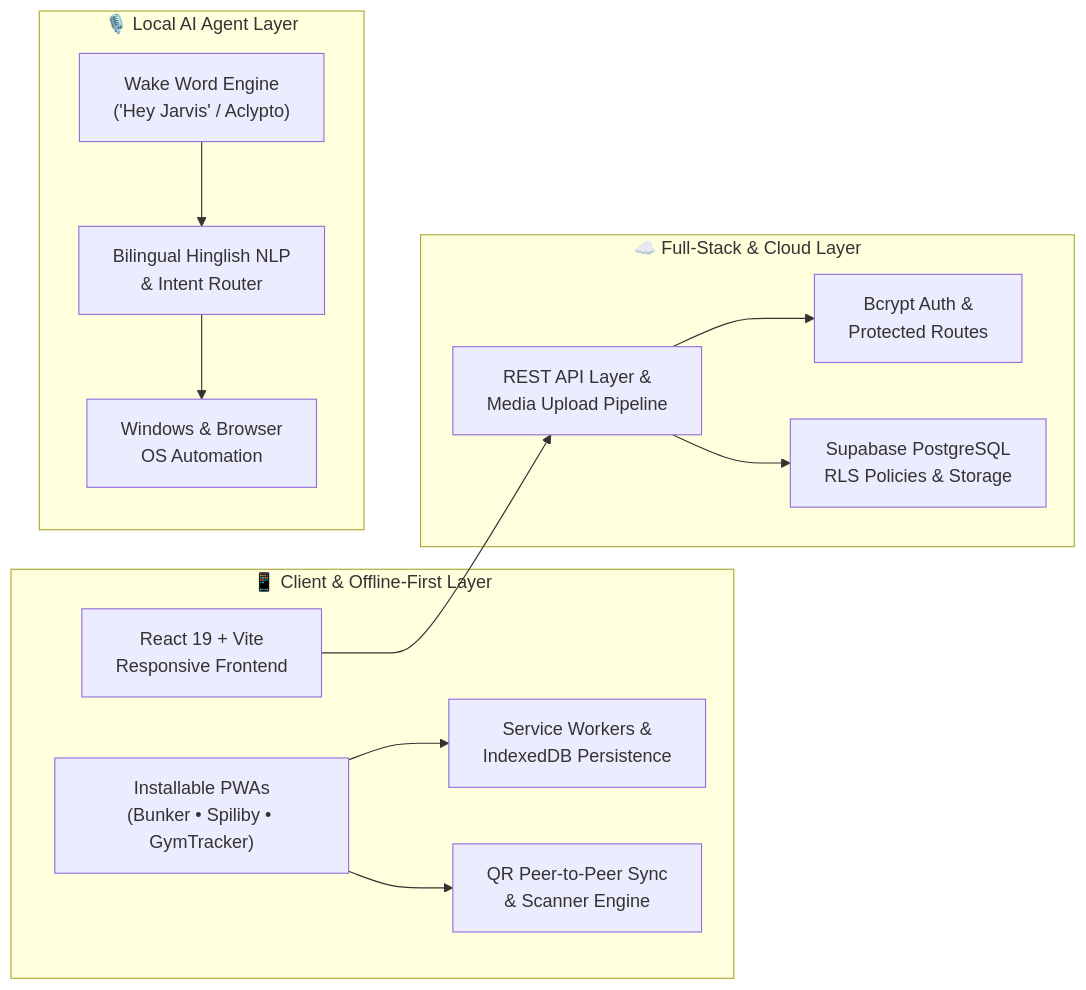
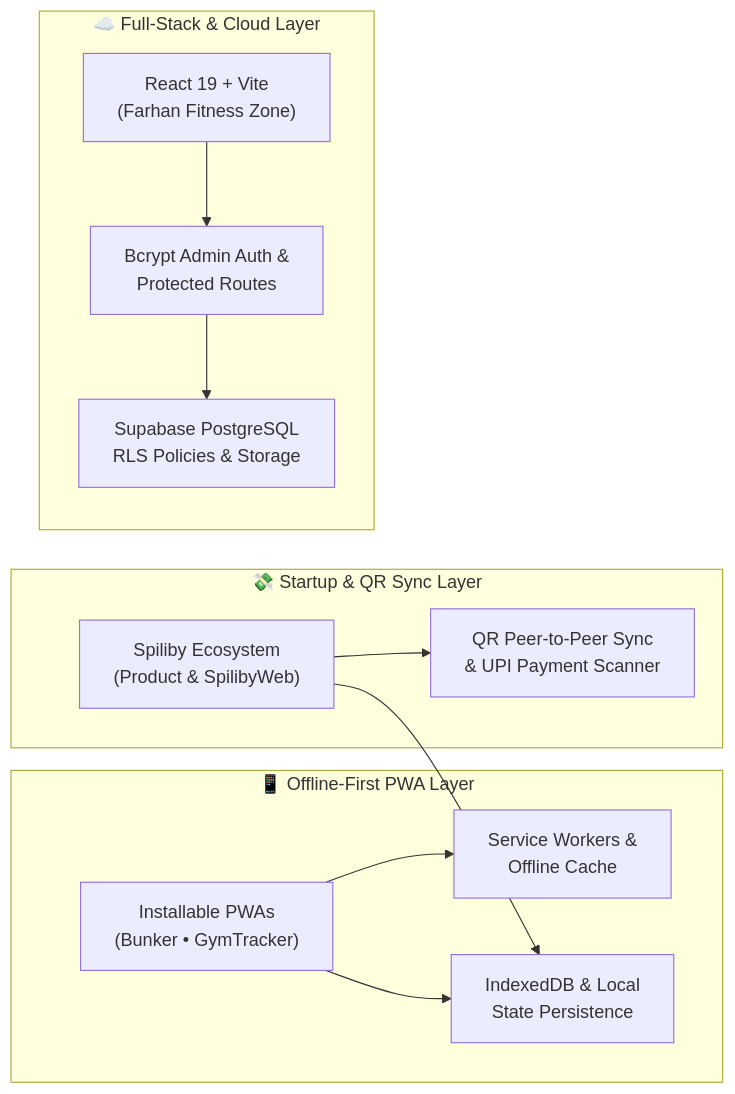
Before and after one commit to CuriousKartik/CuriousKartik: the diagram in README.md, drawn with Mermaid. The commit also changed other lines of this file and 1 other file, not shown here.

Commit message:
chore: remove Aclypto and update Spiliby startup product & collaborator credit

````diff
--- a/README.md
+++ b/README.md
@@ -237,29 +201,26 @@
 ```mermaid
 flowchart LR
-    subgraph Client["📱 Client & Offline-First Layer"]
-        PWA["Installable PWAs<br/>(Bunker • Spiliby • GymTracker)"]
-        SW["Service Workers &<br/>IndexedDB Persistence"]
-        QR["QR Peer-to-Peer Sync<br/>& Scanner Engine"]
-        ReactUI["React 19 + Vite<br/>Responsive Frontend"]
+    subgraph Client["📱 Offline-First PWA Layer"]
+        PWA["Installable PWAs<br/>(Bunker • GymTracker)"]
+        SW["Service Workers &<br/>Offline Cache"]
+        IDB["IndexedDB & Local<br/>State Persistence"]
+    end
+
+    subgraph Product["💸 Startup & QR Sync Layer"]
+        Spiliby["Spiliby Ecosystem<br/>(Product & SpilibyWeb)"]
+        QR["QR Peer-to-Peer Sync<br/>& UPI Payment Scanner"]
     end
 
     subgraph Backend["☁️ Full-Stack & Cloud Layer"]
-        API["REST API Layer &<br/>Media Upload Pipeline"]
-        Auth["Bcrypt Auth &<br/>Protected Routes"]
+        ReactUI["React 19 + Vite<br/>(Farhan Fitness Zone)"]
+        Auth["Bcrypt Admin Auth &<br/>Protected Routes"]
         Supa["Supabase PostgreSQL<br/>RLS Policies & Storage"]
     end
 
-    subgraph LocalAI["🎙️ Local AI Agent Layer"]
-        Wake["Wake Word Engine<br/>('Hey Jarvis' / Aclypto)"]
-        NLP["Bilingual Hinglish NLP<br/>& Intent Router"]
-        OS["Windows & Browser<br/>OS Automation"]
-    end
-
     PWA --> SW
-    PWA --> QR
-    ReactUI --> API
-    API --> Auth
-    API --> Supa
-    Wake --> NLP
-    NLP --> OS
+    PWA --> IDB
+    Spiliby --> QR
+    Spiliby --> IDB
+    ReactUI --> Auth
+    Auth --> Supa
 ```
````
